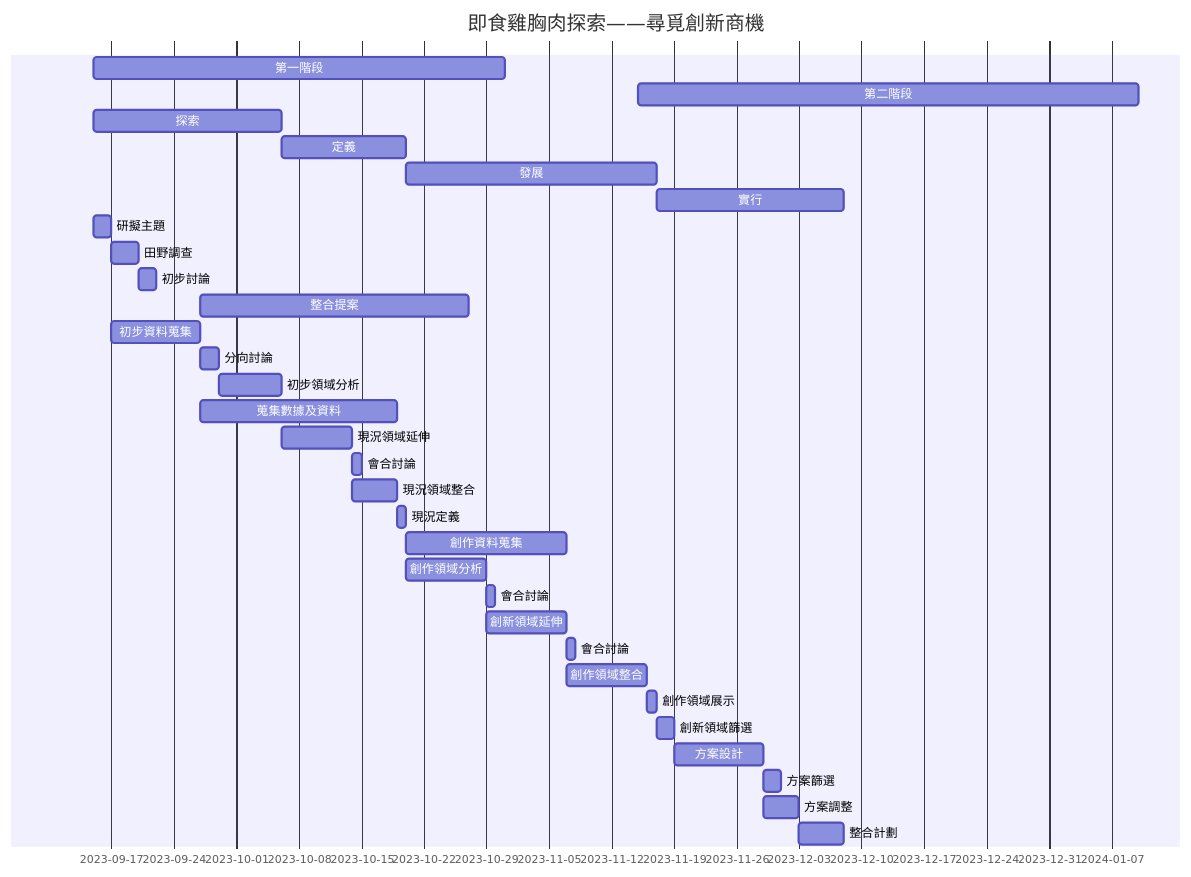
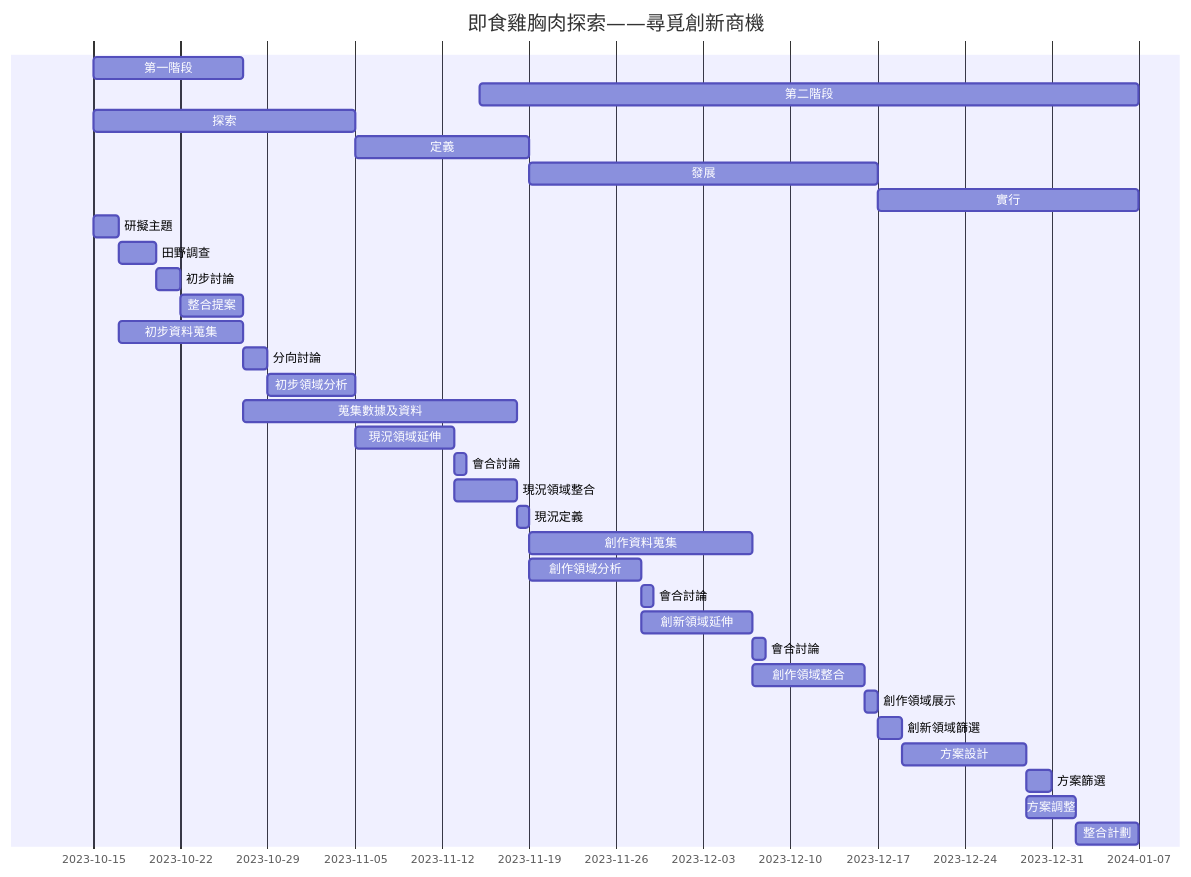
The second of 2 diagrams in README.md (C110134148/T15nT1), drawn with Mermaid before and after one commit.

````diff
--- a/README.md
+++ b/README.md
@@ -55,38 +55,38 @@
 ```mermaid
     gantt
         title 即食雞胸肉探索——尋覓創新商機
-第一階段    : c1, 2023-9-15 ,46d
-第二階段    : c2, 2023-11-15 ,56d
-探索    : b1, 2023-9-15 ,21d
+第一階段    : c1, 2023-10-15 ,12d
+第二階段    : c2, 2023-11-15 ,53d
+探索    : b1, 2023-10-15 ,21d
 定義    : b2, after b1,14d
 發展    : b3, after b2 ,28d
 實行    : b4, after b3 ,21d
-        研擬主題     : a1, 2023-9-15 ,2d
+        研擬主題     : a1, 2023-10-15 ,2d
         田野調查     : a2, after a1 , 3d
         初步討論     : a4, after a2 , 2d
-        整合提案     : a5, after a3 , 30d
+        整合提案     : a5, after a4 , 5d
 
         初步資料蒐集    : a3, after a1 , 10d
         分向討論     : a6, after a3 , 2d
         初步領域分析     : a8 ,after a6 , 7d
         蒐集數據及資料 : a7, after a3 , 22d
 
         現況領域延伸     : a9, after a8 , 8d
         會合討論     : a10, after a9 , 1d
         現況領域整合     : a11, after a9 , 5d
         現況定義 : a12, after a11 , 1d
 
         創作資料蒐集     : a13 ,after a12 , 18d
         創作領域分析: a14 ,after a12 , 9d
         會合討論     : a16, after a14 , 1d
         創新領域延伸   : a15, after a14 ,9d
         會合討論: a18 ,after a15 , 1d
         創作領域整合: a17 ,after a15 , 9d
         創作領域展示: a19 ,after a17 , 1d
 
 創新領域篩選: a20 ,after a19 , 2d
 方案設計: a21 ,after a20 , 10d
 方案篩選: a22 ,after a21 , 2d
 方案調整: a23 ,after a21 , 4d
 整合計劃: a24 ,after a23 , 5d
 ```
````
